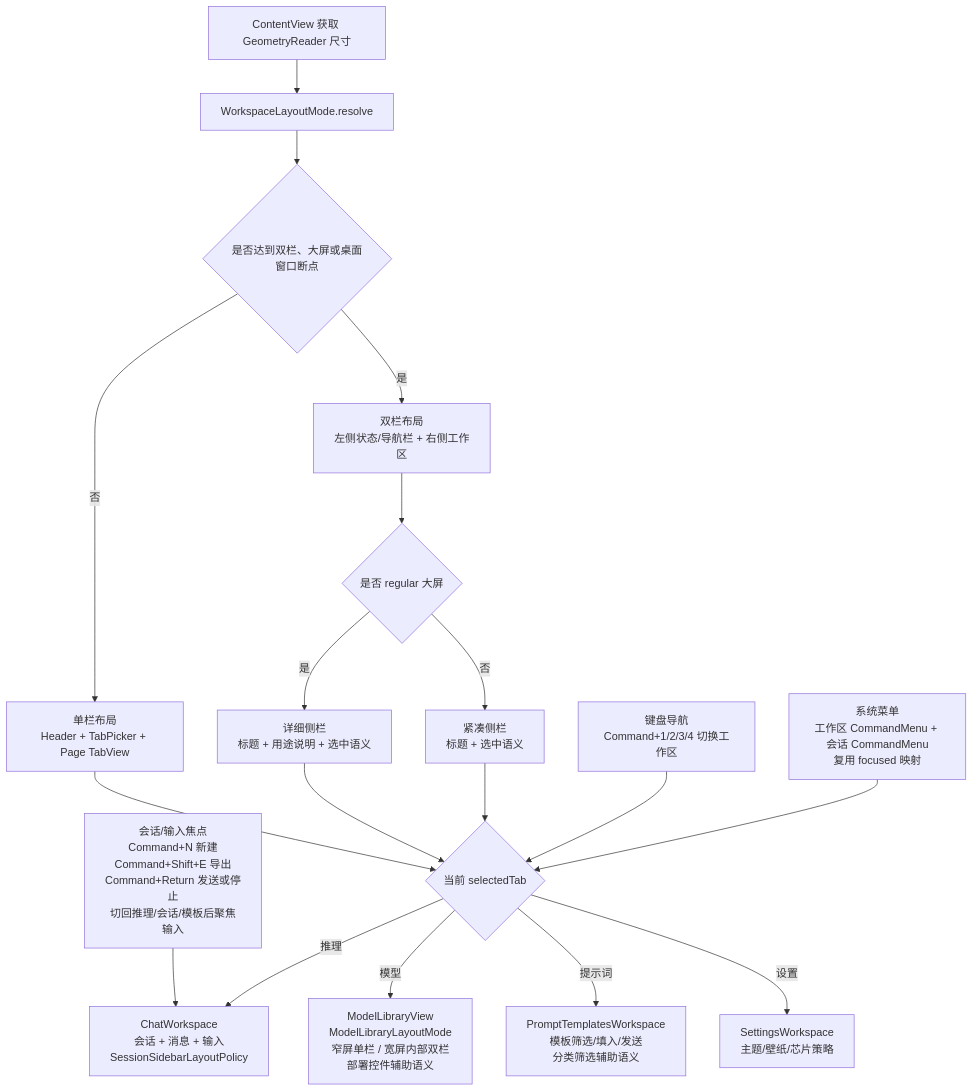
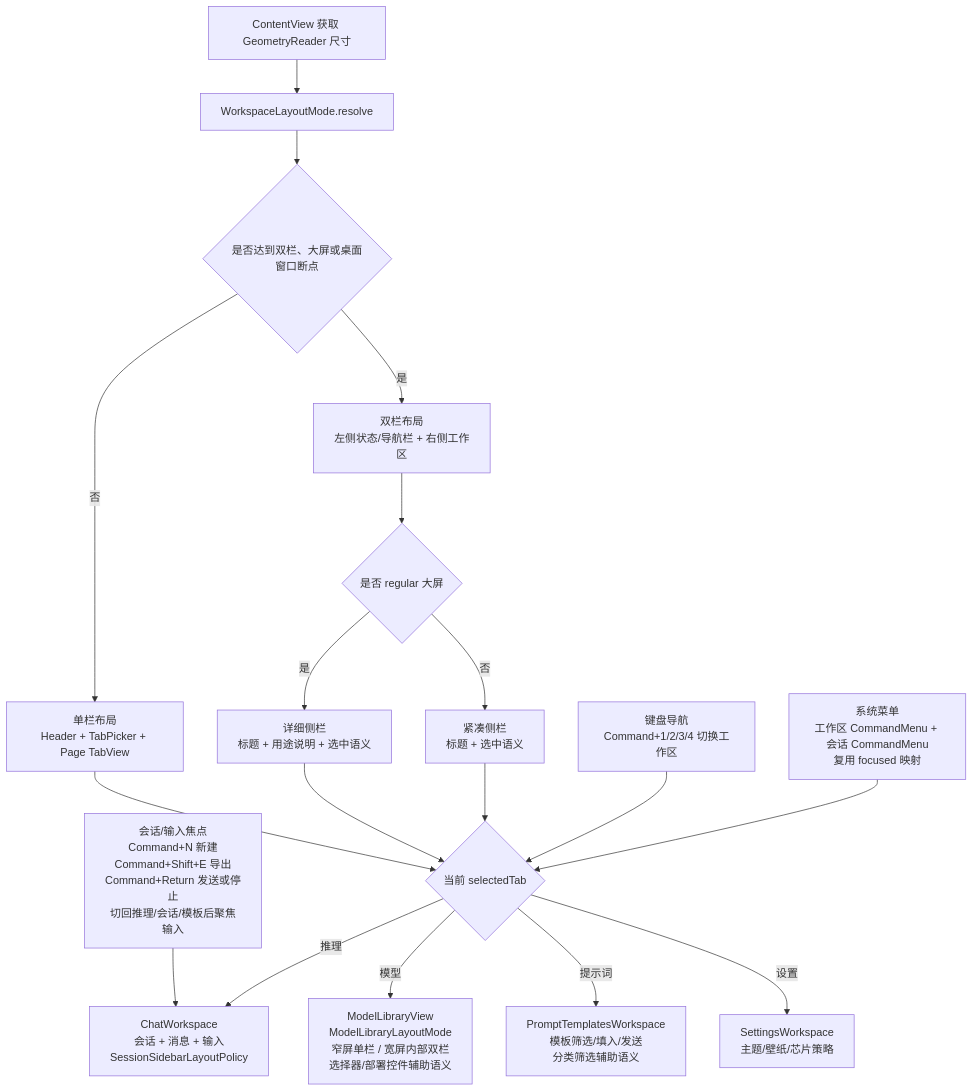
One commit to Altman-sam114/113 changed the fourth of 9 diagrams in md/flow/flowchart.md. Above: the diagram before and after it, drawn with Mermaid. The commit also changed other lines of this file and 8 other files, not shown here.

````diff
--- a/md/flow/flowchart.md
+++ b/md/flow/flowchart.md
@@ -68,20 +68,20 @@
 ```mermaid
 flowchart TD
     A[ContentView 获取 GeometryReader 尺寸] --> B[WorkspaceLayoutMode.resolve]
     B --> C{是否达到双栏、大屏或桌面窗口断点}
     C -- 否 --> D[单栏布局<br/>Header + TabPicker + Page TabView]
     C -- 是 --> E[双栏布局<br/>左侧状态/导航栏 + 右侧工作区]
     E --> N{是否 regular 大屏}
     N -- 是 --> O[详细侧栏<br/>标题 + 用途说明 + 选中语义]
     N -- 否 --> P[紧凑侧栏<br/>标题 + 选中语义]
     D --> F{当前 selectedTab}
     O --> F
     P --> F
     K[键盘导航<br/>Command+1/2/3/4 切换工作区] --> F
     M[系统菜单<br/>工作区 CommandMenu + 会话 CommandMenu<br/>复用 focused 映射] --> F
     L[会话/输入焦点<br/>Command+N 新建<br/>Command+Shift+E 导出<br/>Command+Return 发送或停止<br/>切回推理/会话/模板后聚焦输入] --> G
     F -- 推理 --> G[ChatWorkspace<br/>会话 + 消息 + 输入<br/>SessionSidebarLayoutPolicy]
-    F -- 模型 --> H[ModelLibraryView<br/>ModelLibraryLayoutMode<br/>窄屏单栏 / 宽屏内部双栏<br/>部署控件辅助语义]
+    F -- 模型 --> H[ModelLibraryView<br/>ModelLibraryLayoutMode<br/>窄屏单栏 / 宽屏内部双栏<br/>选择器/部署控件辅助语义]
     F -- 提示词 --> I[PromptTemplatesWorkspace<br/>模板筛选/填入/发送<br/>分类筛选辅助语义]
     F -- 设置 --> J[SettingsWorkspace<br/>主题/壁纸/芯片策略]
 ```
````
